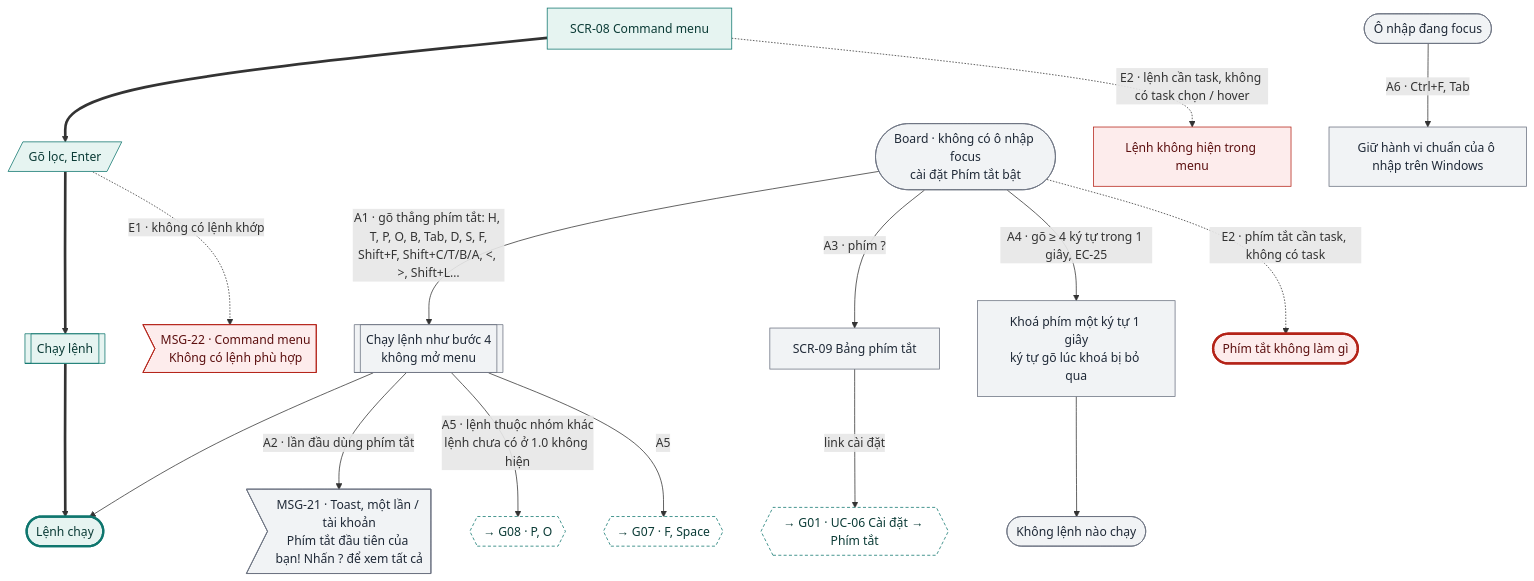
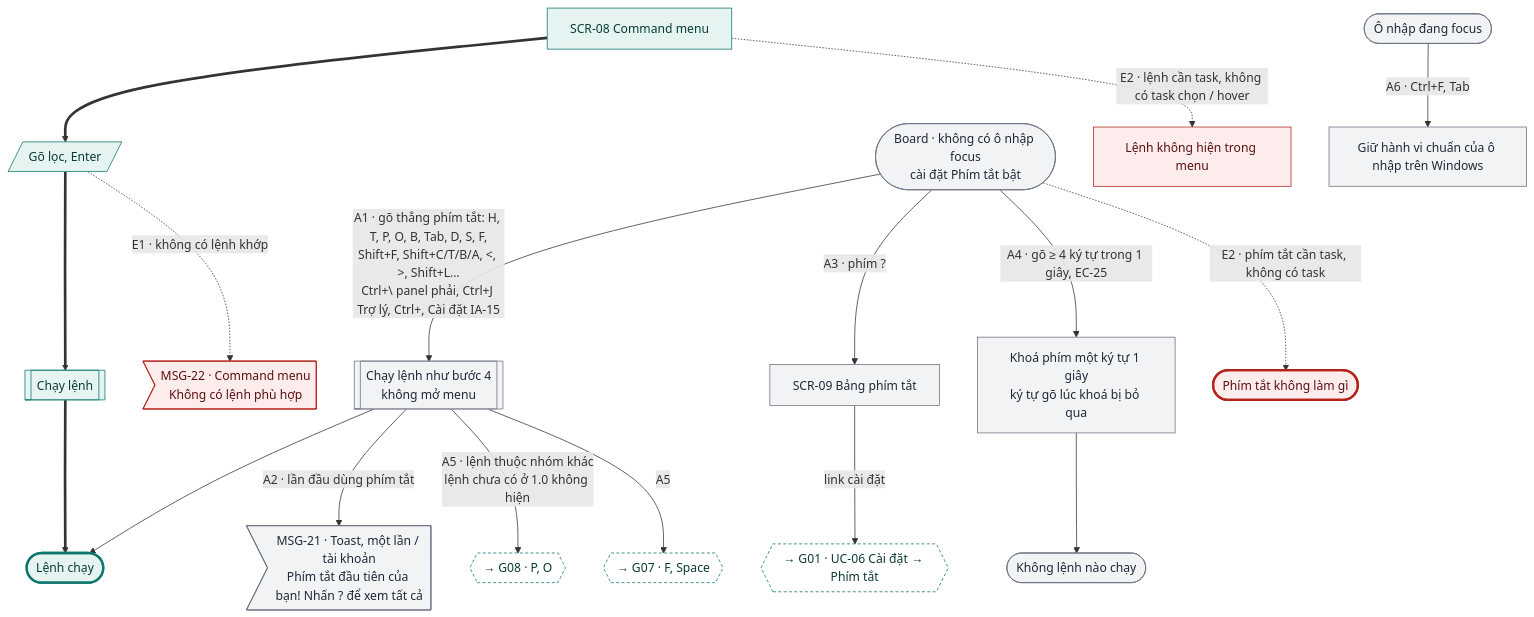
Diagram 20 of 20 in docs/design-brief/flow/g04-board-ngay.md (tannguyenho/personal-app), drawn with Mermaid before and after one commit. The commit also changed other lines of this file and 5 other files, not shown here.

First line of the commit message:
docs: đưa IA-05, IA-15, IA-17, IA-19, IA-20 vào use case và flow

````diff
--- a/docs/design-brief/flow/g04-board-ngay.md
+++ b/docs/design-brief/flow/g04-board-ngay.md
@@ -841,40 +880,40 @@
 ```mermaid
 flowchart TD
   s1["SCR-08 Command menu"]
   u2[/"Gõ lọc, Enter"/]
   p1[["Chạy lệnh"]]
   ok(["Lệnh chạy"])
   s1 ==> u2 ==> p1 ==> ok
 
   k0(["Board · không có ô nhập focus<br/>cài đặt Phím tắt bật"])
-  k0 -->|"A1 · gõ thẳng phím tắt: H, T, P, O, B, Tab, D, S, F,<br/>Shift+F, Shift+C/T/B/A, <, >, Shift+L…"| a1[["Chạy lệnh như bước 4<br/>không mở menu"]]
+  k0 -->|"A1 · gõ thẳng phím tắt: H, T, P, O, B, Tab, D, S, F,<br/>Shift+F, Shift+C/T/B/A, <, >, Shift+L…<br/>Ctrl+\ panel phải, Ctrl+J Trợ lý, Ctrl+, Cài đặt IA-15"| a1[["Chạy lệnh như bước 4<br/>không mở menu"]]
   a1 --> ok
   a1 -->|"A2 · lần đầu dùng phím tắt"| a2m>"MSG-21 · Toast, một lần / tài khoản<br/>Phím tắt đầu tiên của bạn! Nhấn ? để xem tất cả"]
   k0 -->|"A3 · phím ?"| a3["SCR-09 Bảng phím tắt"]
   a3 -->|"link cài đặt"| a3x{{"→ G01 · UC-06 Cài đặt → Phím tắt"}}
   k0 -->|"A4 · gõ ≥ 4 ký tự trong 1 giây, EC-25"| a4["Khoá phím một ký tự 1 giây<br/>ký tự gõ lúc khoá bị bỏ qua"]
   a4 --> a4e(["Không lệnh nào chạy"])
   a1 -->|"A5 · lệnh thuộc nhóm khác<br/>lệnh chưa có ở 1.0 không hiện"| a5a{{"→ G08 · P, O"}}
   a1 -->|"A5"| a5b{{"→ G07 · F, Space"}}
   in0(["Ô nhập đang focus"]) -->|"A6 · Ctrl+F, Tab"| a6["Giữ hành vi chuẩn của ô nhập trên Windows"]
 
   u2 -.->|"E1 · không có lệnh khớp"| e1m>"MSG-22 · Command menu<br/>Không có lệnh phù hợp"]
   s1 -.->|"E2 · lệnh cần task, không có task chọn / hover"| e2["Lệnh không hiện trong menu"]
   k0 -.->|"E2 · phím tắt cần task, không có task"| e2b(["Phím tắt không làm gì"])
 
   class s1,u2,p1 happy
   class k0,a1,a2m,a3,a4,a4e,in0,a6 alt
   class a3x,a5a,a5b link
   class e1m,e2 err
   class ok done
   class e2b fail
   classDef happy fill:#E6F4F1,stroke:#0F766E,color:#0B3B36
   classDef alt fill:#F1F3F5,stroke:#6B7280,color:#1F2937
   classDef err fill:#FDECEC,stroke:#B42318,color:#5C1010
   classDef warn fill:#FEF4E2,stroke:#B45309,color:#4A2604
   classDef ai fill:#F1ECFD,stroke:#6D28D9,color:#2E1065
   classDef sync fill:#FFFFFF,stroke:#6B7280,stroke-dasharray:4 3,color:#1F2937
   classDef link fill:#FFFFFF,stroke:#0F766E,stroke-dasharray:4 3,color:#0B3B36
   classDef done fill:#E6F4F1,stroke:#0F766E,stroke-width:3px,color:#0B3B36
   classDef fail fill:#FDECEC,stroke:#B42318,stroke-width:3px,color:#5C1010
 ```
````
